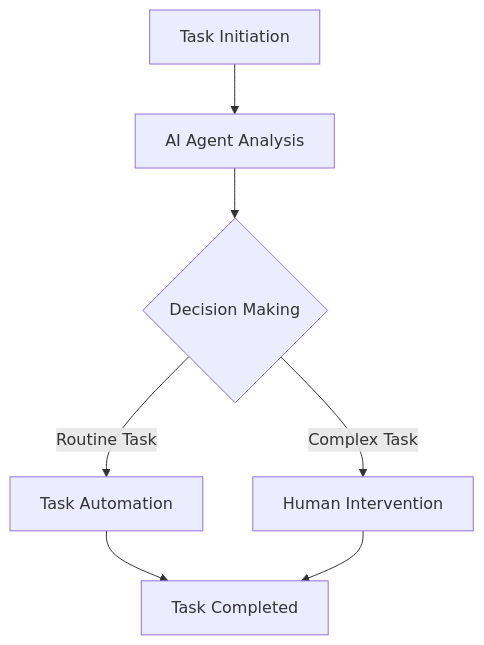
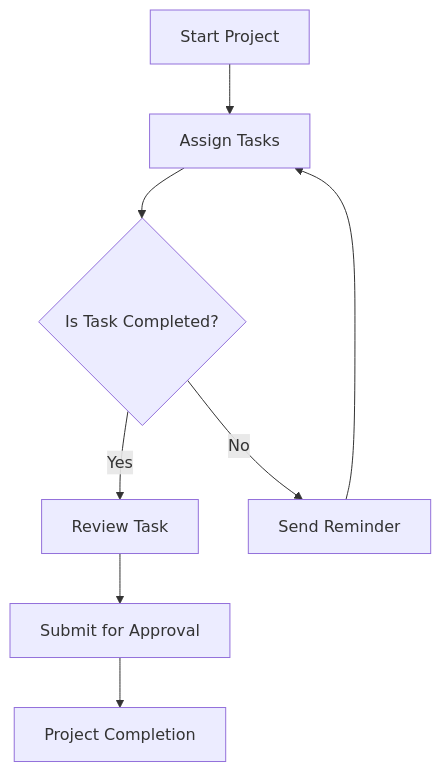
Before and after one commit to ai-tools-lab/ai-tools-lab.github.io: the diagram in content/posts/boosting-productivity-with-ai-agents-in-2026.md, drawn with Mermaid. The commit also changed other lines of this file and 72 other files, not shown here.

````diff
--- a/content/posts/boosting-productivity-with-ai-agents-in-2026.md
+++ b/content/posts/boosting-productivity-with-ai-agents-in-2026.md
@@ -72,9 +109,10 @@
 ```mermaid
 graph TD;
-    A[Task Initiation] --> B[AI Agent Analysis]
-    B --> C{Decision Making}
-    C -->|Routine Task| D[Task Automation]
-    C -->|Complex Task| E[Human Intervention]
-    D --> F[Task Completed]
-    E --> F
+    A[Start Project] --> B[Assign Tasks];
+    B --> C{Is Task Completed?};
+    C -->|Yes| D[Review Task];
+    C -->|No| E[Send Reminder];
+    E --> B;
+    D --> F[Submit for Approval];
+    F --> G[Project Completion];
 ```
````
